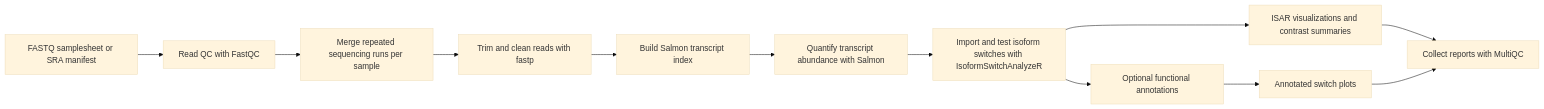
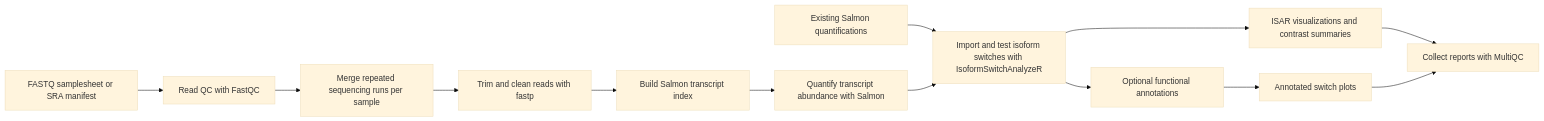
One commit to medbioinf/isoform-nf-core changed the diagram in docs/getting_started/project_structure_and_nfcore_basics.md. Above: the diagram before and after it, drawn with Mermaid (base theme). The commit also changed other lines of this file and 26 other files, not shown here.

````diff
--- a/docs/getting_started/project_structure_and_nfcore_basics.md
+++ b/docs/getting_started/project_structure_and_nfcore_basics.md
@@ -17,14 +17,15 @@
 ```mermaid
 flowchart LR
     A["FASTQ samplesheet or SRA manifest"] --> B["Read QC with FastQC"]
     B --> C["Merge repeated sequencing runs per sample"]
     C --> D["Trim and clean reads with fastp"]
     D --> E["Build Salmon transcript index"]
     E --> F["Quantify transcript abundance with Salmon"]
+    P["Existing Salmon quantifications"] --> G
     F --> G["Import and test isoform switches with IsoformSwitchAnalyzeR"]
     G --> H["ISAR visualizations and contrast summaries"]
     G --> I["Optional functional annotations"]
     I --> J["Annotated switch plots"]
     H --> K["Collect reports with MultiQC"]
     J --> K
 ```
````
